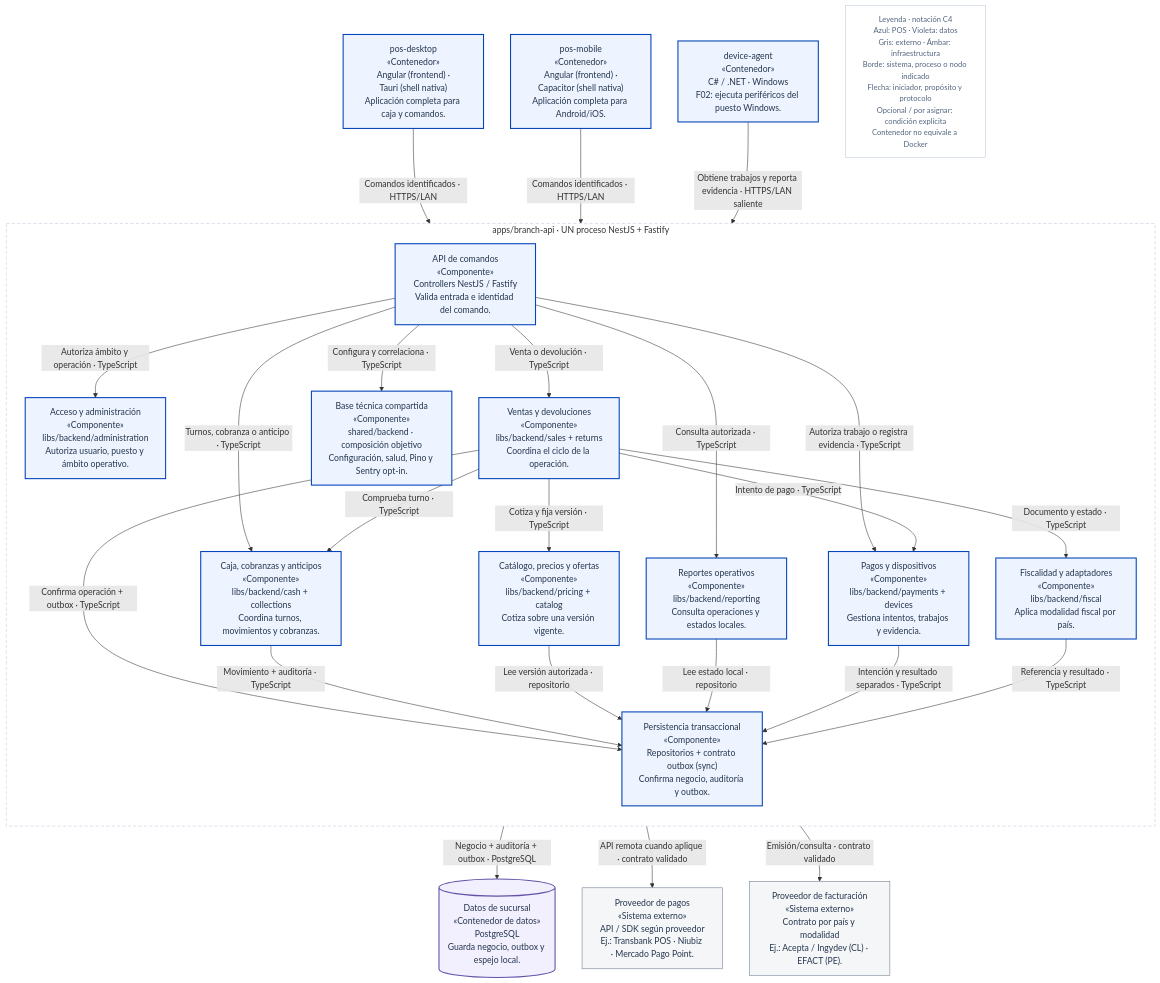
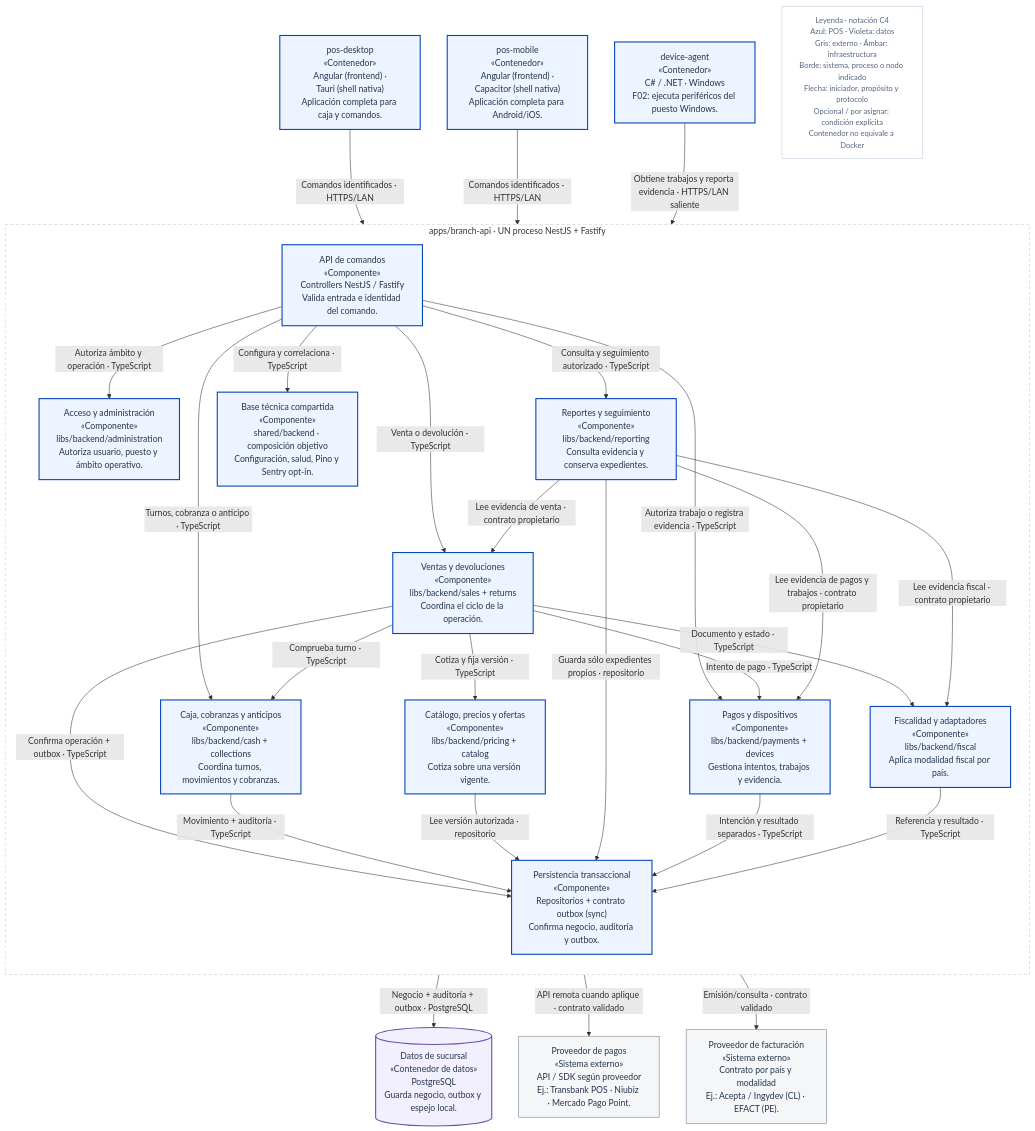
One commit to developer-implementos/pos-docs changed the diagram in docs/diagramas-excalidraw/mermaid/c4-backend.mmd. Above: the diagram before and after it, drawn with Mermaid. The commit also changed 37 other files, not shown here.

```diff
--- a/docs/diagramas-excalidraw/mermaid/c4-backend.mmd
+++ b/docs/diagramas-excalidraw/mermaid/c4-backend.mmd
@@ -1,52 +1,55 @@
 flowchart TB
     accTitle: C3 · branch-api — Negocio de sucursal en un proceso
-    accDescr: apps/branch-api compone módulos de negocio y base técnica. Las bibliotecas agrupadas comparten proceso, sin convertirse en servicios independientes. sales/returns, cash/collections, pricing/catalog, payments/devices, fiscal, reporting, administration y outbox de sync. devices conserva trabajos autorizados; device-agent los obtiene y reporta evidencia. No depende del cliente de escritorio.
+    accDescr: apps/branch-api compone módulos de negocio y base técnica. Las bibliotecas agrupadas comparten proceso, sin convertirse en servicios independientes. reporting consulta evidencia de sus propietarios y conserva sólo expedientes propios, sin autoridad financiera. devices conserva trabajos autorizados; device-agent los obtiene y reporta evidencia.
     subgraph backendScope["apps/branch-api · UN proceso NestJS + Fastify"]
         direction TB
         entry["API de comandos<br/>«Componente»<br/>Controllers NestJS / Fastify<br/>Valida entrada e identidad del comando."]:::pos
         access["Acceso y administración<br/>«Componente»<br/>libs/backend/administration<br/>Autoriza usuario, puesto y ámbito operativo."]:::pos
         sales["Ventas y devoluciones<br/>«Componente»<br/>libs/backend/sales + returns<br/>Coordina el ciclo de la operación."]:::pos
         pricing["Catálogo, precios y ofertas<br/>«Componente»<br/>libs/backend/pricing + catalog<br/>Cotiza sobre una versión vigente."]:::pos
         cash["Caja, cobranzas y anticipos<br/>«Componente»<br/>libs/backend/cash + collections<br/>Coordina turnos, movimientos y cobranzas."]:::pos
         payPort["Pagos y dispositivos<br/>«Componente»<br/>libs/backend/payments + devices<br/>Gestiona intentos, trabajos y evidencia."]:::pos
         fiscalPort["Fiscalidad y adaptadores<br/>«Componente»<br/>libs/backend/fiscal<br/>Aplica modalidad fiscal por país."]:::pos
-        reporting["Reportes operativos<br/>«Componente»<br/>libs/backend/reporting<br/>Consulta operaciones y estados locales."]:::pos
+        reporting["Reportes y seguimiento<br/>«Componente»<br/>libs/backend/reporting<br/>Consulta evidencia y conserva expedientes."]:::pos
         unitOfWork["Persistencia transaccional<br/>«Componente»<br/>Repositorios + contrato outbox (sync)<br/>Confirma negocio, auditoría y outbox."]:::pos
         technicalBase["Base técnica compartida<br/>«Componente»<br/>shared/backend · composición objetivo<br/>Configuración, salud, Pino y Sentry opt-in."]:::pos
     end
     client["pos-desktop<br/>«Contenedor»<br/>Angular (frontend) ·<br/>Tauri (shell nativa)<br/>Aplicación completa para caja y comandos."]:::pos
     mobileClient["pos-mobile<br/>«Contenedor»<br/>Angular (frontend) ·<br/>Capacitor (shell nativa)<br/>Aplicación completa para Android/iOS."]:::pos
     device["device-agent<br/>«Contenedor»<br/>C# / .NET · Windows<br/>F02: ejecuta periféricos del puesto Windows."]:::pos
     branchDb[("Datos de sucursal<br/>«Contenedor de datos»<br/>PostgreSQL<br/>Guarda negocio, outbox y espejo local.")]:::store
     payments["Proveedor de pagos<br/>«Sistema externo»<br/>API / SDK según proveedor<br/>Ej.: Transbank POS · Niubiz · Mercado Pago Point."]:::external
     fiscal["Proveedor de facturación<br/>«Sistema externo»<br/>Contrato por país y modalidad<br/>Ej.: Acepta / Ingydev (CL) · EFACT (PE)."]:::external
     legend["Leyenda · notación C4<br/>Azul: POS · Violeta: datos<br/>Gris: externo · Ámbar: infraestructura<br/>Borde: sistema, proceso o nodo indicado<br/>Flecha: iniciador, propósito y protocolo<br/>Opcional / por asignar: condición explícita<br/>Contenedor no equivale a Docker"]:::key
     client -->|"Comandos identificados · HTTPS/LAN"| entry
     mobileClient -->|"Comandos identificados · HTTPS/LAN"| entry
     device -->|"Obtiene trabajos y reporta evidencia · HTTPS/LAN saliente"| entry
     entry -->|"Autoriza ámbito y operación · TypeScript"| access
     entry -->|"Venta o devolución · TypeScript"| sales
     entry -->|"Turnos, cobranza o anticipo · TypeScript"| cash
-    entry -->|"Consulta autorizada · TypeScript"| reporting
+    entry -->|"Consulta y seguimiento autorizado · TypeScript"| reporting
     entry -->|"Autoriza trabajo o registra evidencia · TypeScript"| payPort
     entry -->|"Configura y correlaciona · TypeScript"| technicalBase
     sales -->|"Cotiza y fija versión · TypeScript"| pricing
     sales -->|"Comprueba turno · TypeScript"| cash
     sales -->|"Intento de pago · TypeScript"| payPort
     sales -->|"Documento y estado · TypeScript"| fiscalPort
     sales -->|"Confirma operación + outbox · TypeScript"| unitOfWork
     cash -->|"Movimiento + auditoría · TypeScript"| unitOfWork
     pricing -->|"Lee versión autorizada · repositorio"| unitOfWork
-    reporting -->|"Lee estado local · repositorio"| unitOfWork
+    reporting -->|"Lee evidencia de venta · contrato propietario"| sales
+    reporting -->|"Lee evidencia de pagos y trabajos · contrato propietario"| payPort
+    reporting -->|"Lee evidencia fiscal · contrato propietario"| fiscalPort
+    reporting -->|"Guarda sólo expedientes propios · repositorio"| unitOfWork
     payPort -->|"Intención y resultado separados · TypeScript"| unitOfWork
     fiscalPort -->|"Referencia y resultado · TypeScript"| unitOfWork
     unitOfWork -->|"Negocio + auditoría + outbox · PostgreSQL"| branchDb
     payPort -->|"API remota cuando aplique · contrato validado"| payments
     fiscalPort -->|"Emisión/consulta · contrato validado"| fiscal
     classDef pos fill:#EDF3FF,stroke:#0545BA,color:#25364D,stroke-width:2px
     classDef store fill:#F2EFFF,stroke:#6551A8,color:#25364D,stroke-width:2px
     classDef external fill:#F4F6F8,stroke:#6B788A,color:#25364D
     classDef person fill:#18336D,stroke:#18336D,color:#FFFFFF
     classDef infra fill:#FFF3E0,stroke:#A86516,color:#25364D
     classDef key fill:#FFFFFF,stroke:#BCC9DB,color:#53657F,font-size:14px
     style backendScope fill:#FFFFFF,stroke:#BCC9DB,stroke-dasharray:6 4
```
